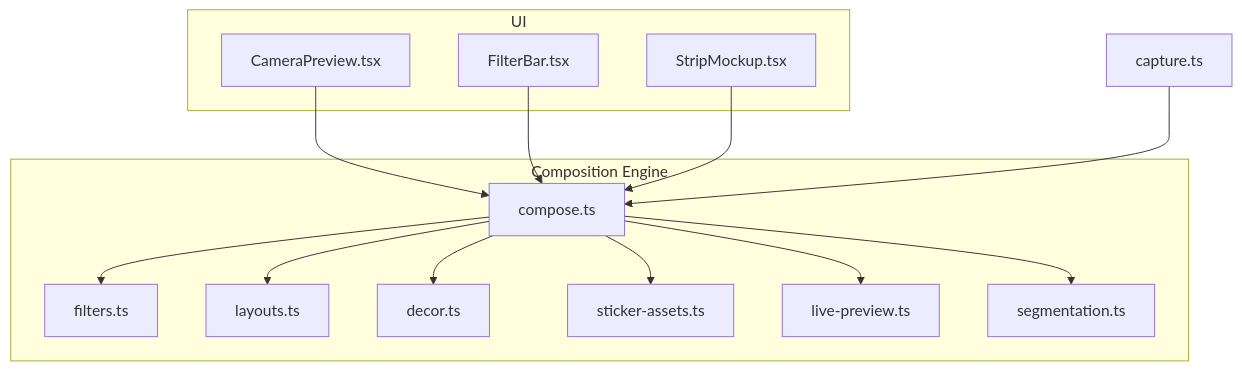
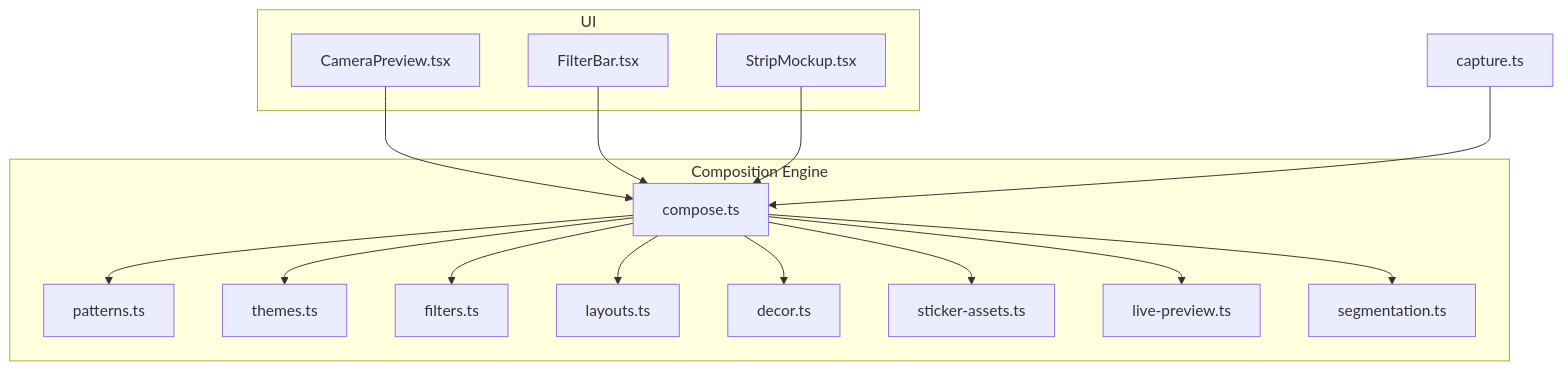
Before and after one commit to zuychin03/zuychin-photobooth: the first of 8 diagrams in .qoder/repowiki/en/content/Photo Editing Pipeline/Image Composition.md, drawn with Mermaid. The commit also changed other lines of this file and 51 other files, not shown here.

````diff
--- a/.qoder/repowiki/en/content/Photo Editing Pipeline/Image Composition.md
+++ b/.qoder/repowiki/en/content/Photo Editing Pipeline/Image Composition.md
@@ -47,28 +58,32 @@
 ```mermaid
 graph TB
 subgraph "UI"
 CP["CameraPreview.tsx"]
 FB["FilterBar.tsx"]
 SM["StripMockup.tsx"]
 end
 subgraph "Composition Engine"
 C["compose.ts"]
+P["patterns.ts"]
+T["themes.ts"]
 F["filters.ts"]
 L["layouts.ts"]
 D["decor.ts"]
 S["sticker-assets.ts"]
-P["live-preview.ts"]
+Pv["live-preview.ts"]
 SEG["segmentation.ts"]
 end
 CAP["capture.ts"]
 CP --> C
 FB --> C
 SM --> C
 CAP --> C
+C --> P
+C --> T
 C --> F
 C --> L
 C --> D
 C --> S
-C --> P
+C --> Pv
 C --> SEG
 ```
````
